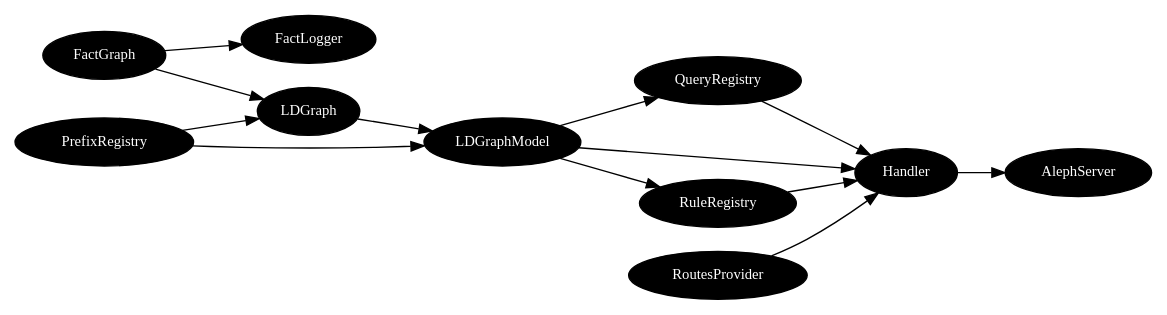
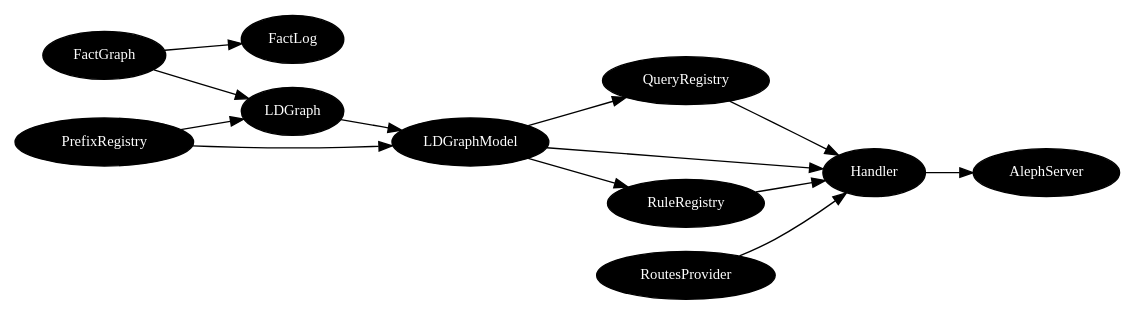
The diagram in fabric-ld/src/core.org (thi-ng/fabric), drawn with Graphviz before and after one commit. The commit also changed other lines of this file, not shown here.

Commit message:
[ld] add support for graph log restoration (via :restore graph config key), rename FactLogger => FactLog component, refactor log path formatting to use strf/format

```diff
--- a/fabric-ld/src/core.org
+++ b/fabric-ld/src/core.org
@@ -47,20 +47,20 @@
 #+BEGIN_SRC dot :tangle ../../assets/overview.dot :exports none
 digraph g {
   node[color="black",style="filled",fontname="Inconsolata",fontcolor="white",fontsize=11];
   edge[fontname="Inconsolata",fontsize=9];
   rankdir=LR;
 
   FactGraph -> LDGraph -> LDGraphModel;
-  FactGraph -> FactLogger;
+  FactGraph -> FactLog;
 
   PrefixRegistry -> LDGraph;
   PrefixRegistry -> LDGraphModel;
   LDGraphModel -> QueryRegistry -> Handler;
   LDGraphModel -> RuleRegistry -> Handler;
   LDGraphModel -> Handler;
 
   RoutesProvider -> Handler;
 
   Handler -> AlephServer;
 }
 #+END_SRC
```
